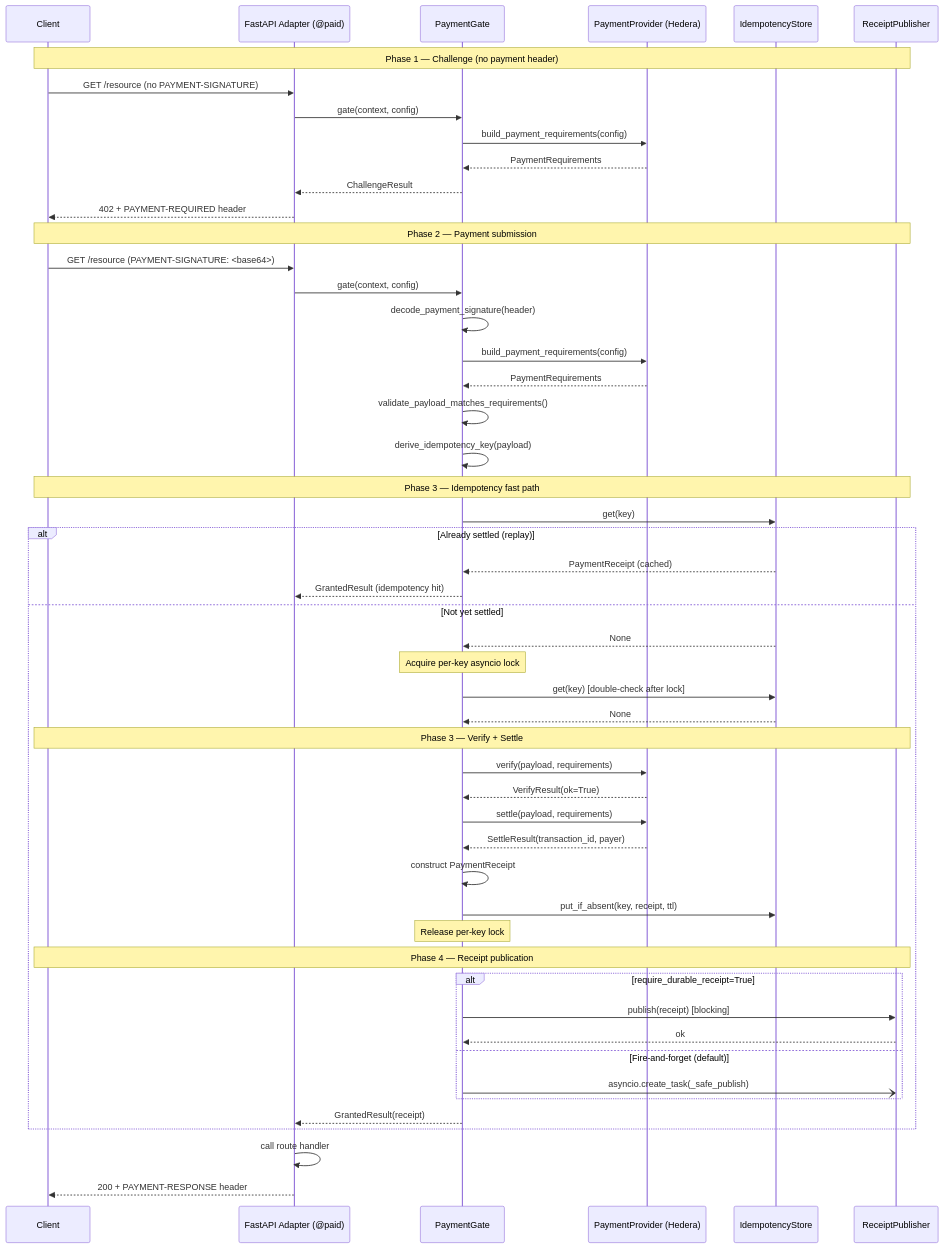
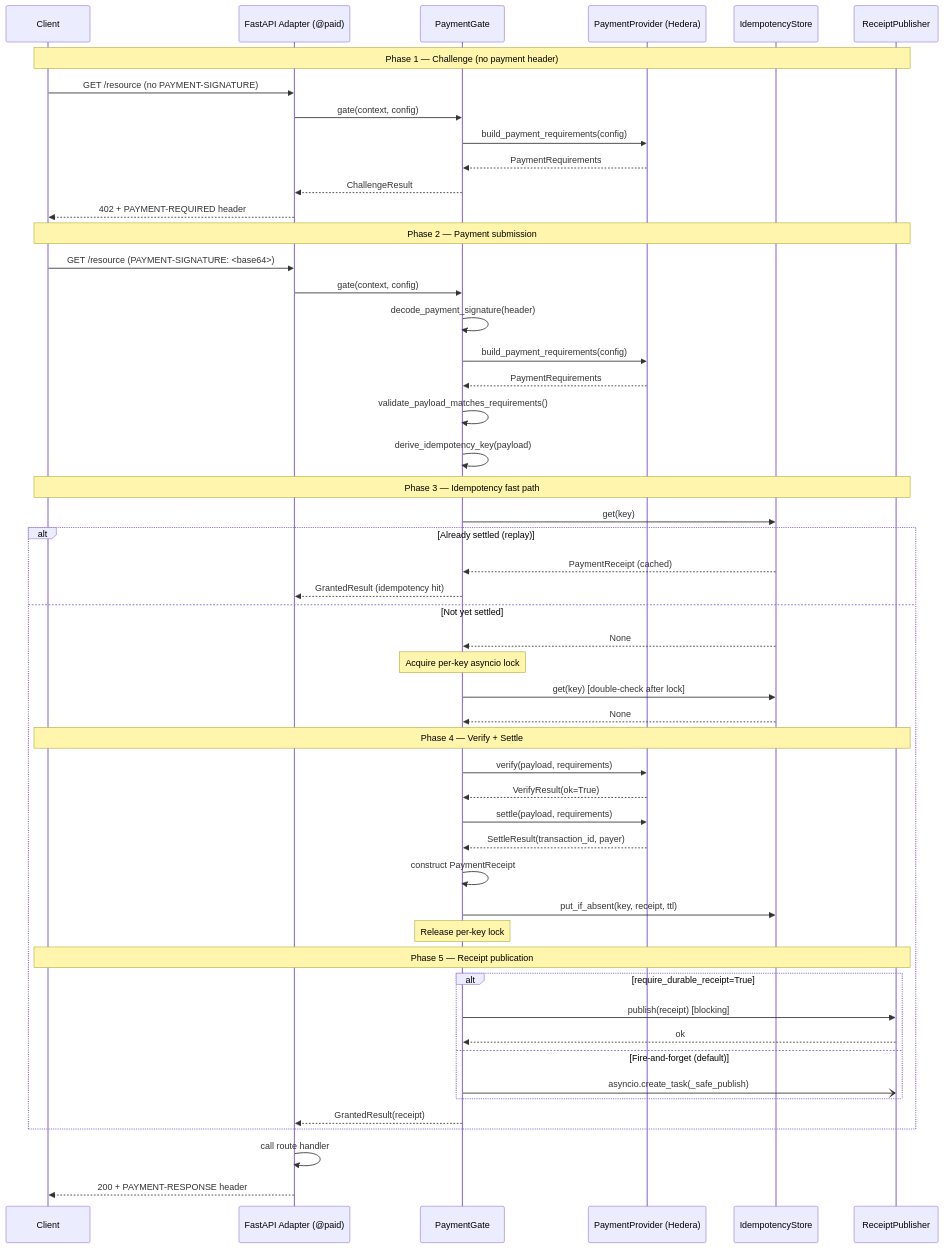
The second of 2 diagrams in docs/architecture/ARCHITECTURE.md (hedera-agent-commerce-kit/hack), drawn with Mermaid before and after one commit. The commit also changed other lines of this file and 12 other files, not shown here.

````diff
--- a/docs/architecture/ARCHITECTURE.md
+++ b/docs/architecture/ARCHITECTURE.md
@@ -39,60 +41,60 @@
 ```mermaid
 sequenceDiagram
     participant C as Client
     participant A as FastAPI Adapter (@paid)
     participant G as PaymentGate
     participant P as PaymentProvider (Hedera)
     participant I as IdempotencyStore
     participant R as ReceiptPublisher
 
     note over C,R: Phase 1 — Challenge (no payment header)
     C->>A: GET /resource (no PAYMENT-SIGNATURE)
     A->>G: gate(context, config)
     G->>P: build_payment_requirements(config)
     P-->>G: PaymentRequirements
     G-->>A: ChallengeResult
     A-->>C: 402 + PAYMENT-REQUIRED header
 
     note over C,R: Phase 2 — Payment submission
     C->>A: GET /resource (PAYMENT-SIGNATURE: <base64>)
     A->>G: gate(context, config)
     G->>G: decode_payment_signature(header)
     G->>P: build_payment_requirements(config)
     P-->>G: PaymentRequirements
     G->>G: validate_payload_matches_requirements()
     G->>G: derive_idempotency_key(payload)
 
     note over C,R: Phase 3 — Idempotency fast path
     G->>I: get(key)
     alt Already settled (replay)
         I-->>G: PaymentReceipt (cached)
         G-->>A: GrantedResult (idempotency hit)
     else Not yet settled
         I-->>G: None
         note over G: Acquire per-key asyncio lock
         G->>I: get(key) [double-check after lock]
         I-->>G: None
 
-        note over C,R: Phase 3 — Verify + Settle
+        note over C,R: Phase 4 — Verify + Settle
         G->>P: verify(payload, requirements)
         P-->>G: VerifyResult(ok=True)
         G->>P: settle(payload, requirements)
         P-->>G: SettleResult(transaction_id, payer)
         G->>G: construct PaymentReceipt
         G->>I: put_if_absent(key, receipt, ttl)
         note over G: Release per-key lock
 
-        note over C,R: Phase 4 — Receipt publication
+        note over C,R: Phase 5 — Receipt publication
         alt require_durable_receipt=True
             G->>R: publish(receipt) [blocking]
             R-->>G: ok
         else Fire-and-forget (default)
             G-)R: asyncio.create_task(_safe_publish)
         end
 
         G-->>A: GrantedResult(receipt)
     end
 
     A->>A: call route handler
     A-->>C: 200 + PAYMENT-RESPONSE header
 ```
````
